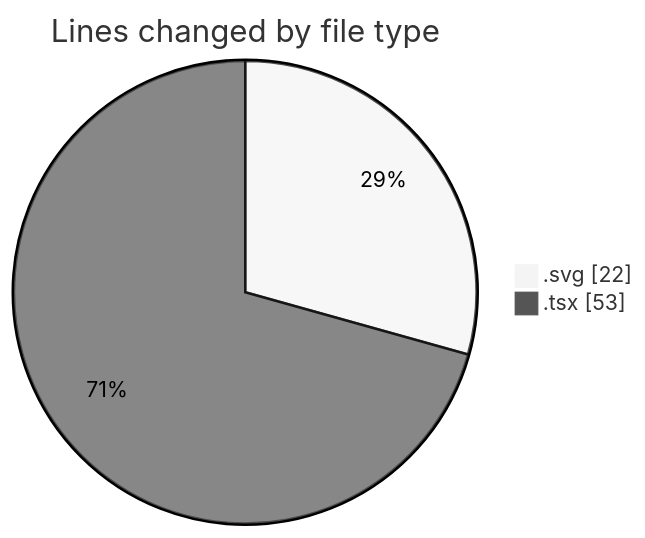
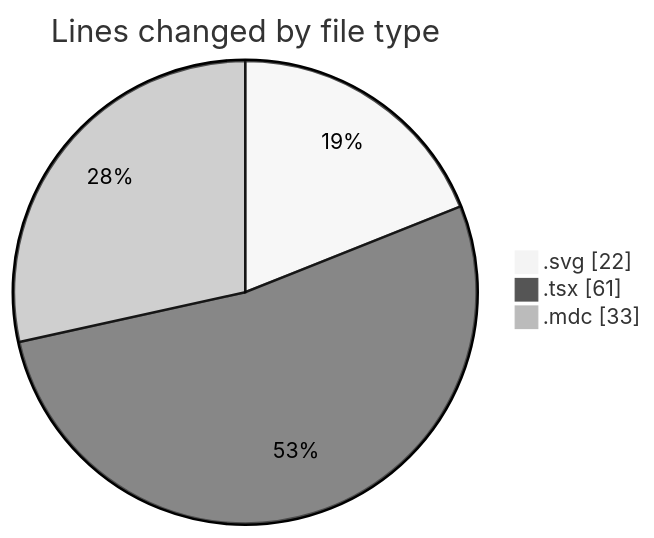
Before and after one commit to EIIisD/code-tracking: the first of 2 diagrams in 2025-07-18/ribbon/README.md, drawn with Mermaid (neutral theme). The commit also changed other lines of this file and 1 other file, not shown here.

````diff
--- a/2025-07-18/ribbon/README.md
+++ b/2025-07-18/ribbon/README.md
@@ -21,6 +22,7 @@
 ```mermaid
 pie showData
 title Lines changed by file type
 ".svg" : 22
-".tsx" : 53
+".tsx" : 61
+".mdc" : 33
 ```
````
